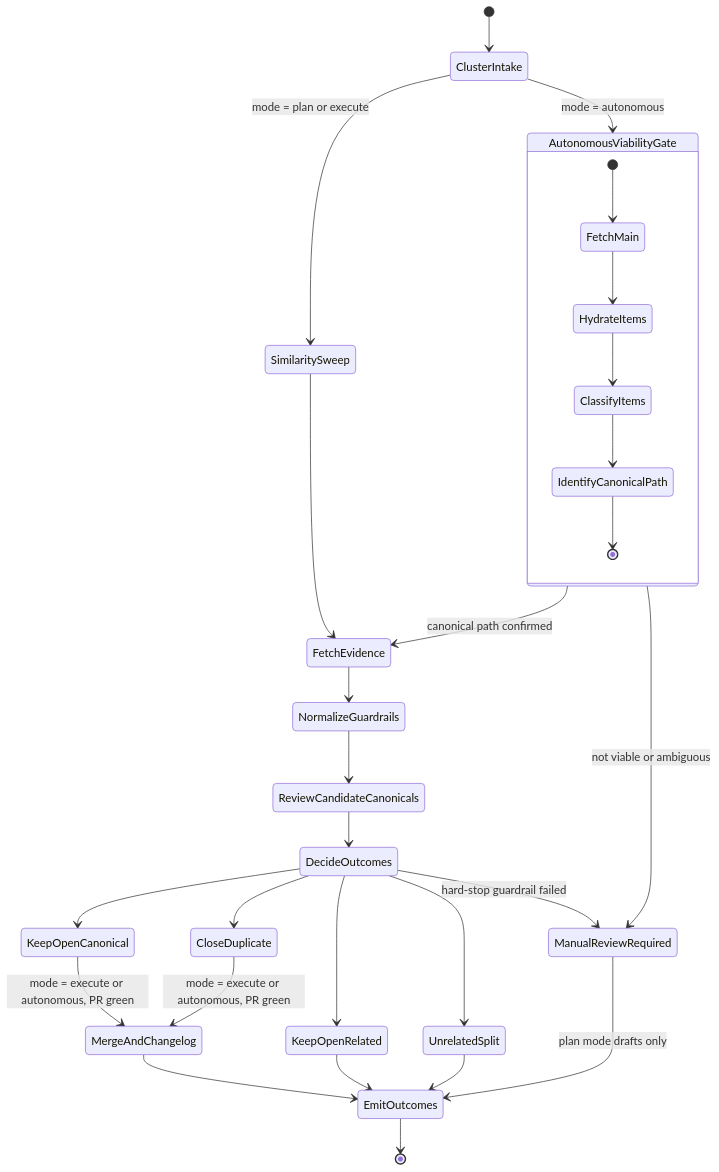
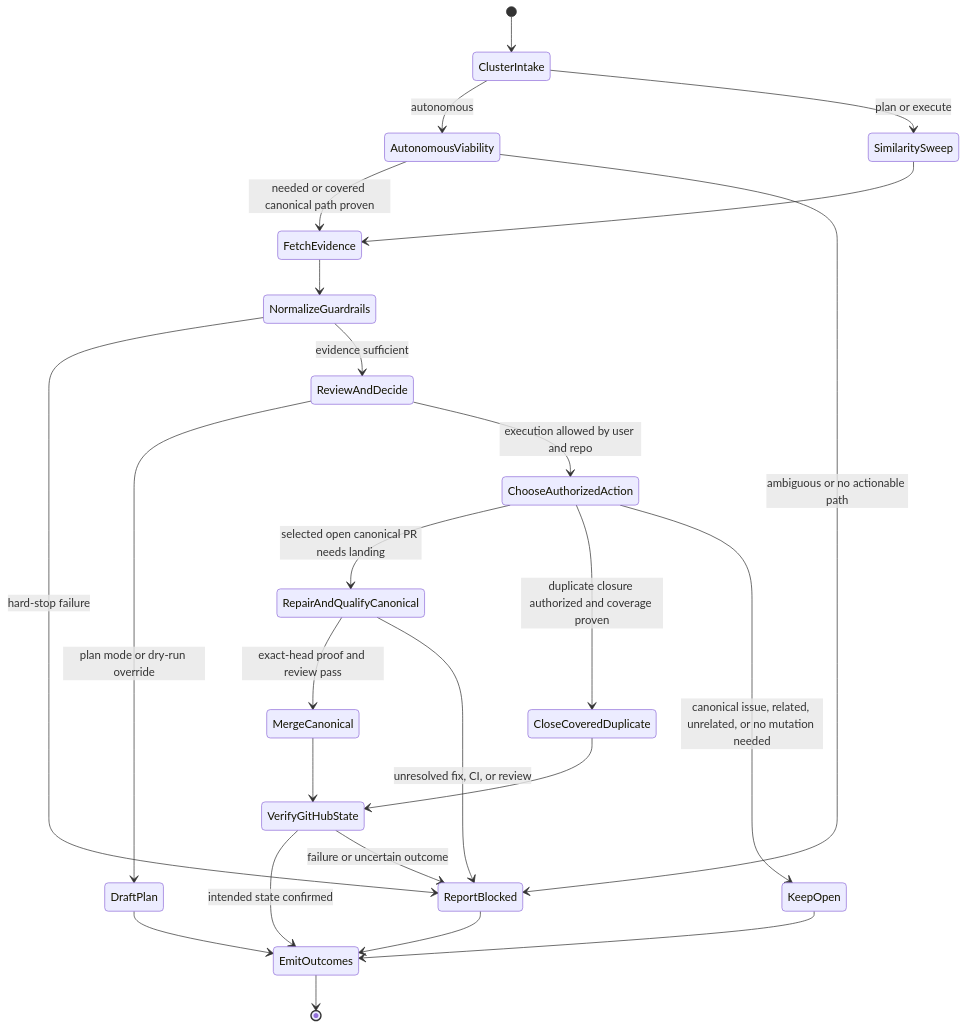
The diagram in skills/openclaw-github-dedupe/references/flow.md (vincentkoc/dotskills), drawn with Mermaid before and after one commit. The commit also changed other lines of this file and 25 other files, not shown here.

Commit message:
docs(skills): validate workflow charts and scoped exemptions

````diff
--- a/skills/openclaw-github-dedupe/references/flow.md
+++ b/skills/openclaw-github-dedupe/references/flow.md
@@ -7,40 +7,28 @@
 ```mermaid
 stateDiagram-v2
     [*] --> ClusterIntake
-
-    ClusterIntake --> AutonomousViabilityGate: mode = autonomous
-    ClusterIntake --> SimilaritySweep: mode = plan or execute
-
-    state AutonomousViabilityGate {
-        [*] --> FetchMain
-        FetchMain --> HydrateItems
-        HydrateItems --> ClassifyItems
-        ClassifyItems --> IdentifyCanonicalPath
-        IdentifyCanonicalPath --> [*]
-    }
-
-    AutonomousViabilityGate --> FetchEvidence: canonical path confirmed
-    AutonomousViabilityGate --> ManualReviewRequired: not viable or ambiguous
-
+    ClusterIntake --> AutonomousViability: autonomous
+    ClusterIntake --> SimilaritySweep: plan or execute
+    AutonomousViability --> FetchEvidence: needed or covered canonical path proven
+    AutonomousViability --> ReportBlocked: ambiguous or no actionable path
     SimilaritySweep --> FetchEvidence
     FetchEvidence --> NormalizeGuardrails
-    NormalizeGuardrails --> ReviewCandidateCanonicals
-    ReviewCandidateCanonicals --> DecideOutcomes
-
-    state DecideOutcomes <<choice>>
-    DecideOutcomes --> KeepOpenCanonical
-    DecideOutcomes --> CloseDuplicate
-    DecideOutcomes --> KeepOpenRelated
-    DecideOutcomes --> UnrelatedSplit
-    DecideOutcomes --> ManualReviewRequired: hard-stop guardrail failed
-
-    KeepOpenCanonical --> MergeAndChangelog: mode = execute or autonomous, PR green
-    CloseDuplicate --> MergeAndChangelog: mode = execute or autonomous, PR green
-
-    MergeAndChangelog --> EmitOutcomes
-    KeepOpenRelated --> EmitOutcomes
-    UnrelatedSplit --> EmitOutcomes
-    ManualReviewRequired --> EmitOutcomes: plan mode drafts only
-
+    NormalizeGuardrails --> ReportBlocked: hard-stop failure
+    NormalizeGuardrails --> ReviewAndDecide: evidence sufficient
+    ReviewAndDecide --> DraftPlan: plan mode or dry-run override
+    ReviewAndDecide --> ChooseAuthorizedAction: execution allowed by user and repo
+    state ChooseAuthorizedAction <<choice>>
+    ChooseAuthorizedAction --> RepairAndQualifyCanonical: selected open canonical PR needs landing
+    ChooseAuthorizedAction --> CloseCoveredDuplicate: duplicate closure authorized and coverage proven
+    ChooseAuthorizedAction --> KeepOpen: canonical issue, related, unrelated, or no mutation needed
+    RepairAndQualifyCanonical --> MergeCanonical: exact-head proof and review pass
+    RepairAndQualifyCanonical --> ReportBlocked: unresolved fix, CI, or review
+    MergeCanonical --> VerifyGitHubState
+    CloseCoveredDuplicate --> VerifyGitHubState
+    VerifyGitHubState --> EmitOutcomes: intended state confirmed
+    VerifyGitHubState --> ReportBlocked: failure or uncertain outcome
+    KeepOpen --> EmitOutcomes
+    DraftPlan --> EmitOutcomes
+    ReportBlocked --> EmitOutcomes
     EmitOutcomes --> [*]
 ```
````
